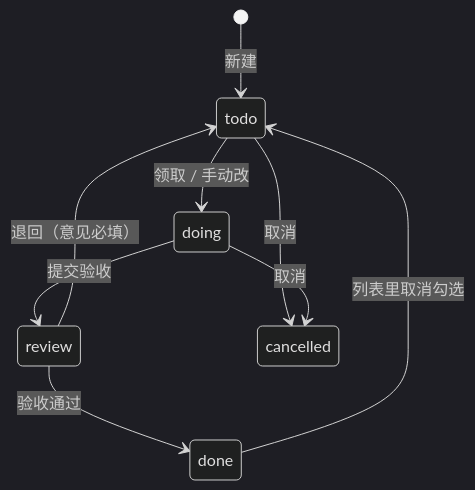
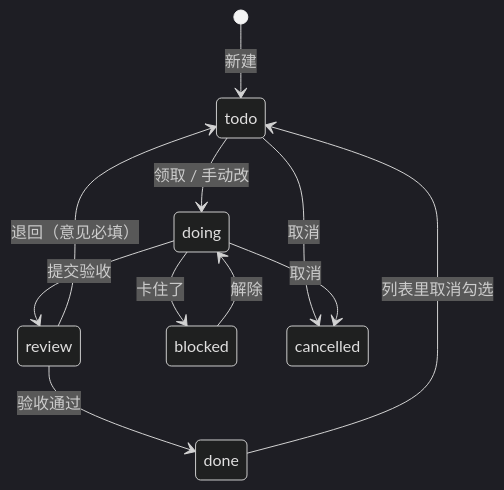
One commit to lizhao903/pm-workspace changed the diagram in web-next/docs/spec/tasks.md. Above: the diagram before and after it, drawn with Mermaid (dark theme). The commit also changed other lines of this file and 85 other files, not shown here.

````diff
--- a/web-next/docs/spec/tasks.md
+++ b/web-next/docs/spec/tasks.md
@@ -85,11 +86,13 @@
 ```mermaid
 stateDiagram-v2
   [*] --> todo: 新建
   todo --> doing: 领取 / 手动改
   doing --> review: 提交验收
+  doing --> blocked: 卡住了
+  blocked --> doing: 解除
   review --> done: 验收通过
   review --> todo: 退回（意见必填）
   todo --> cancelled: 取消
   doing --> cancelled: 取消
   done --> todo: 列表里取消勾选
 ```
````
